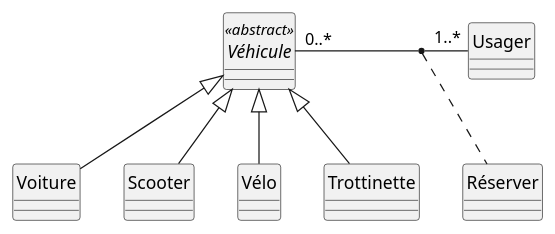
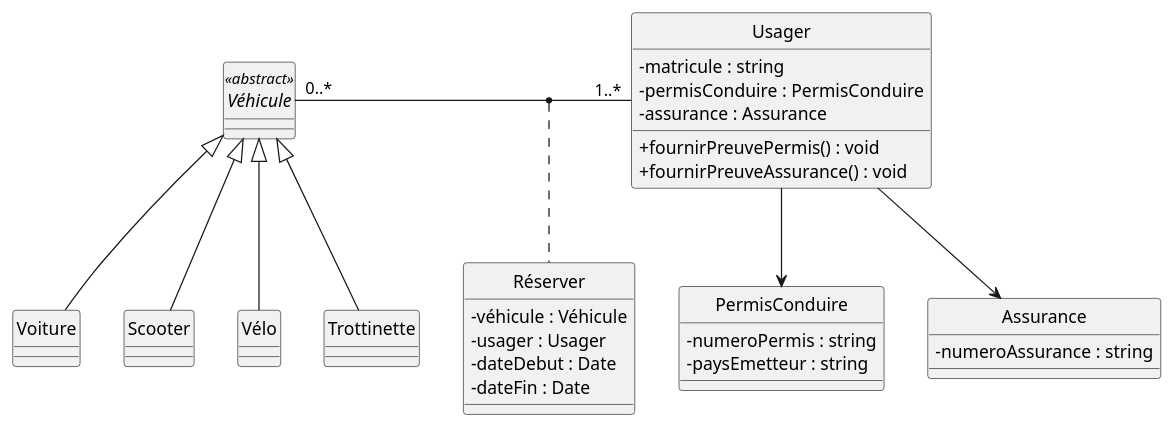
One commit to gigl-uml/Guide_uml_polymtl changed the diagram in plant_uml/exempleDiagClasse.plantuml. Above: the diagram before and after it, drawn with PlantUML.

Commit message:
exemple diagramme de classes complété

```diff
--- a/plant_uml/exempleDiagClasse.plantuml
+++ b/plant_uml/exempleDiagClasse.plantuml
@@ -1,31 +1,50 @@
 @startuml
 hide circle
 skinparam classAttributeIconSize 0
 abstract class Véhicule <<abstract>> {
     
 }
 class Voiture {
     
 }
 class Scooter {
     
 }
 class Vélo {
     
 }
 class Trottinette {
     
 }
 class Usager {
-    
+    - matricule : string
+    - permisConduire : PermisConduire
+    - assurance : Assurance
+    + fournirPreuvePermis() : void
+    + fournirPreuveAssurance() : void
+}
+class PermisConduire {
+    - numeroPermis : string
+    - paysEmetteur : string
+}
+class Assurance {
+    - numeroAssurance : string
 }
 
-class Réserver{}
+class Réserver {
+    - véhicule : Véhicule
+    - usager : Usager
+    - dateDebut : Date
+    - dateFin : Date
+}
 
 Véhicule <|-- Voiture
 Véhicule <|-- Scooter
 Véhicule <|-- Vélo
 Véhicule <|-- Trottinette
 Véhicule "0..*" - "1..*" Usager 
 (Véhicule, Usager) .. Réserver
+Usager --> PermisConduire
+Usager --> Assurance
+
 @enduml
```
